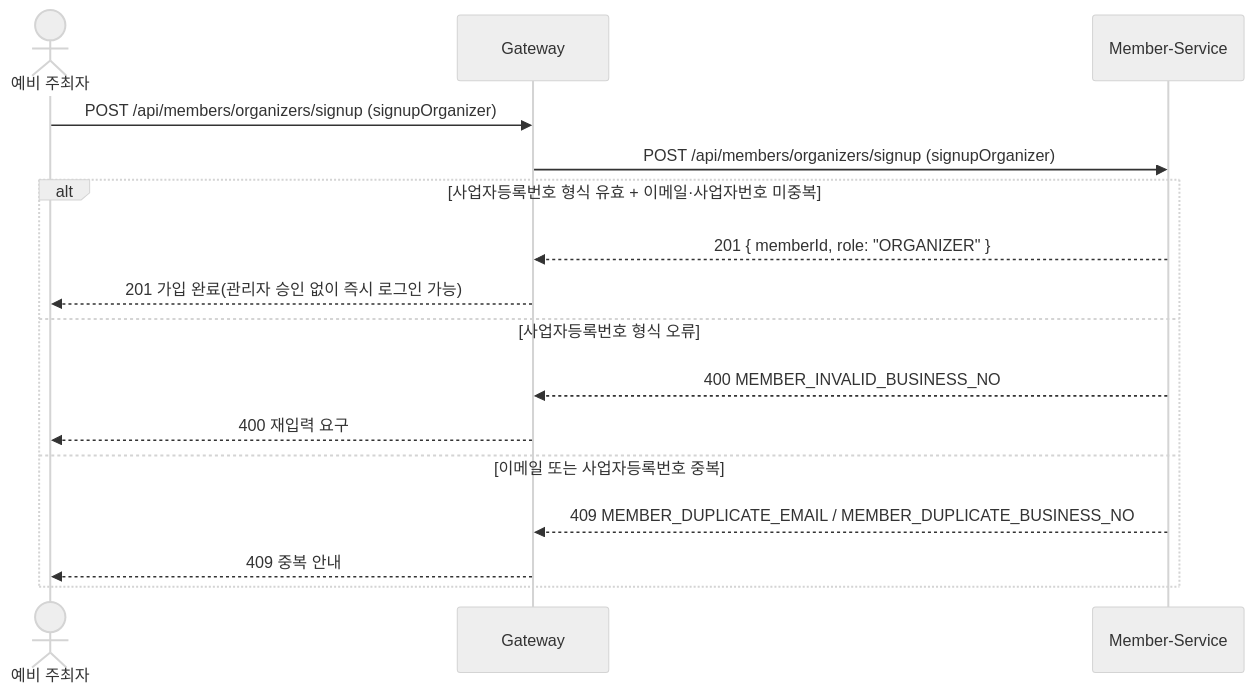
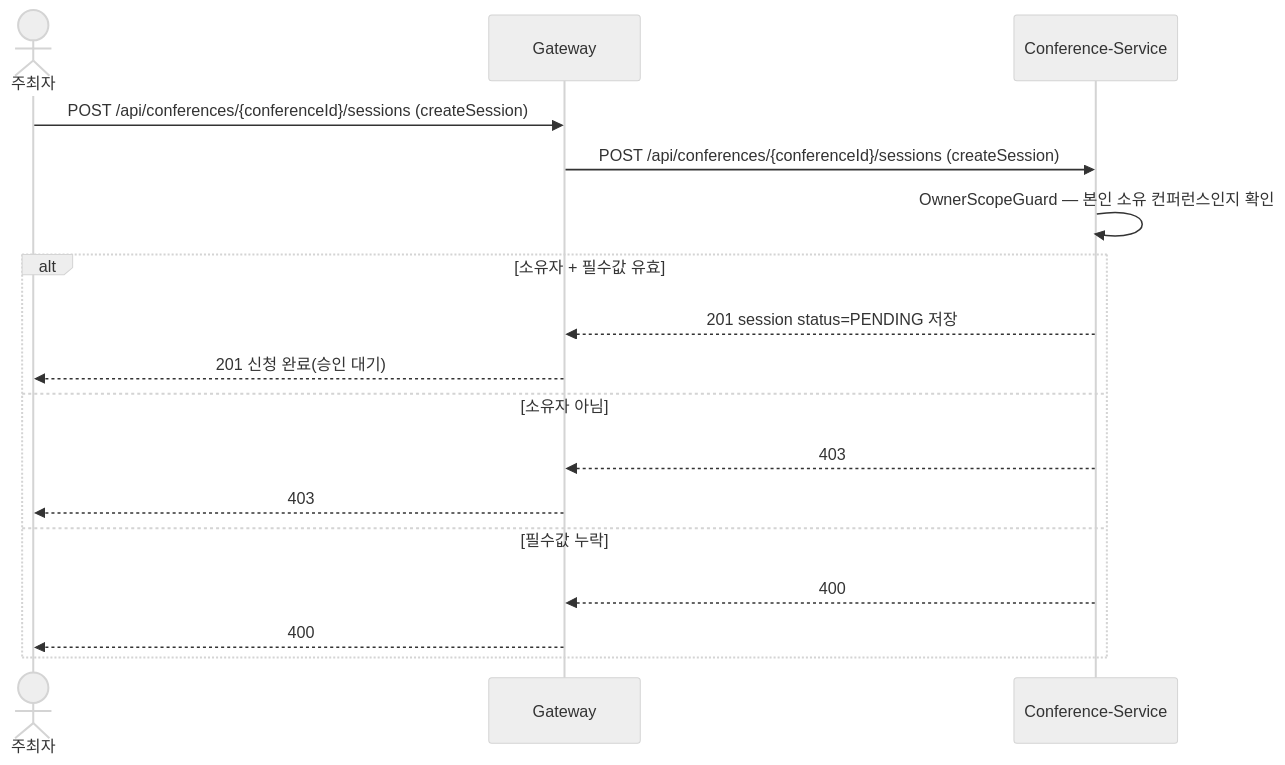
Before and after one commit to likelion-backend-24th/Final-Project-Team3: the ninth of 17 diagrams in docs/시퀀스.md, drawn with Mermaid (neutral theme). The commit also changed other lines of this file and 12 other files, not shown here.

````diff
--- a/docs/시퀀스.md
+++ b/docs/시퀀스.md
@@ -145,18 +184,19 @@
 ```mermaid
 sequenceDiagram
-actor PO as 예비 주최자
-participant G as Gateway
-participant MS as Member-Service
-PO->>G: POST /api/members/organizers/signup (signupOrganizer)
-G->>MS: POST /api/members/organizers/signup (signupOrganizer)
-alt 사업자등록번호 형식 유효 + 이메일·사업자번호 미중복
-MS-->>G: 201 { memberId, role: "ORGANIZER" }
-G-->>PO: 201 가입 완료(관리자 승인 없이 즉시 로그인 가능)
-else 사업자등록번호 형식 오류
-MS-->>G: 400 MEMBER_INVALID_BUSINESS_NO
-G-->>PO: 400 재입력 요구
-else 이메일 또는 사업자등록번호 중복
-MS-->>G: 409 MEMBER_DUPLICATE_EMAIL / MEMBER_DUPLICATE_BUSINESS_NO
-G-->>PO: 409 중복 안내
-end
+    actor O as 주최자
+    participant G as Gateway
+    participant CS as Conference-Service
+    O->>G: POST /api/conferences/{conferenceId}/sessions (createSession)
+    G->>CS: POST /api/conferences/{conferenceId}/sessions (createSession)
+    CS->>CS: OwnerScopeGuard — 본인 소유 컨퍼런스인지 확인
+    alt 소유자 + 필수값 유효
+        CS-->>G: 201 session status=PENDING 저장
+        G-->>O: 201 신청 완료(승인 대기)
+    else 소유자 아님
+        CS-->>G: 403
+        G-->>O: 403
+    else 필수값 누락
+        CS-->>G: 400
+        G-->>O: 400
+    end
 ```
````
